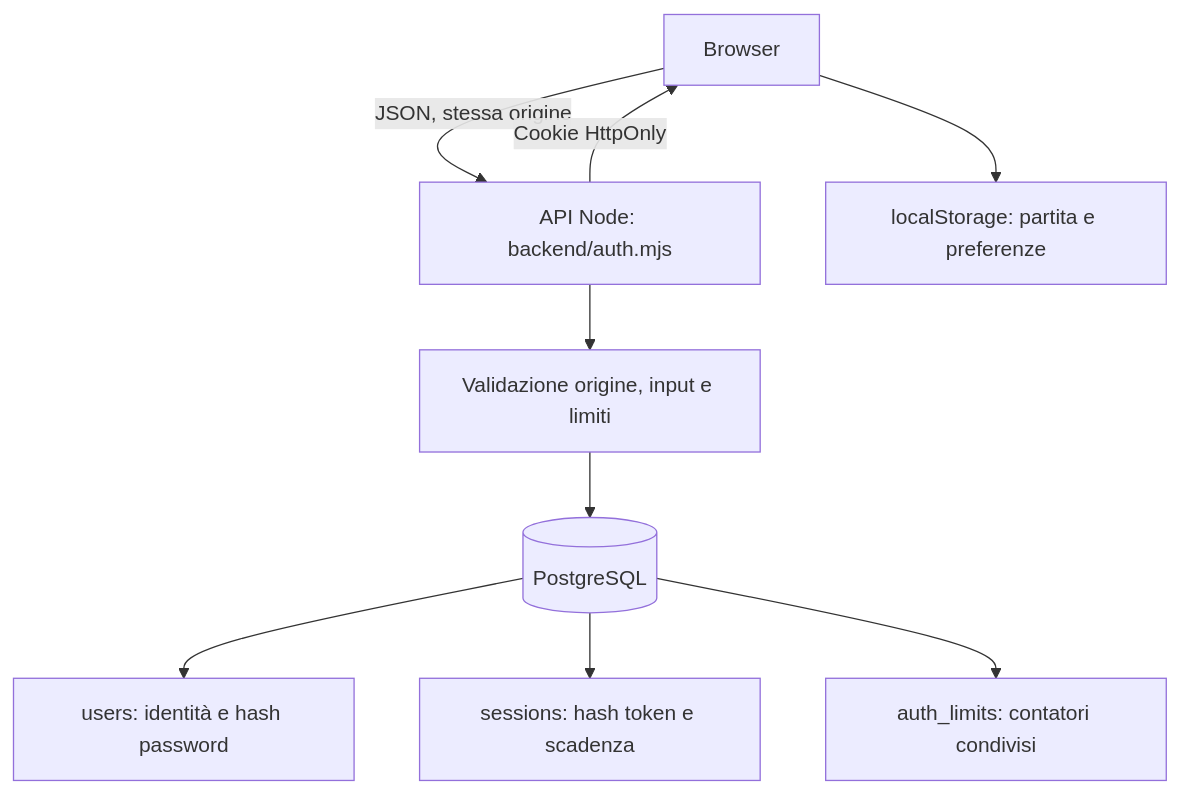
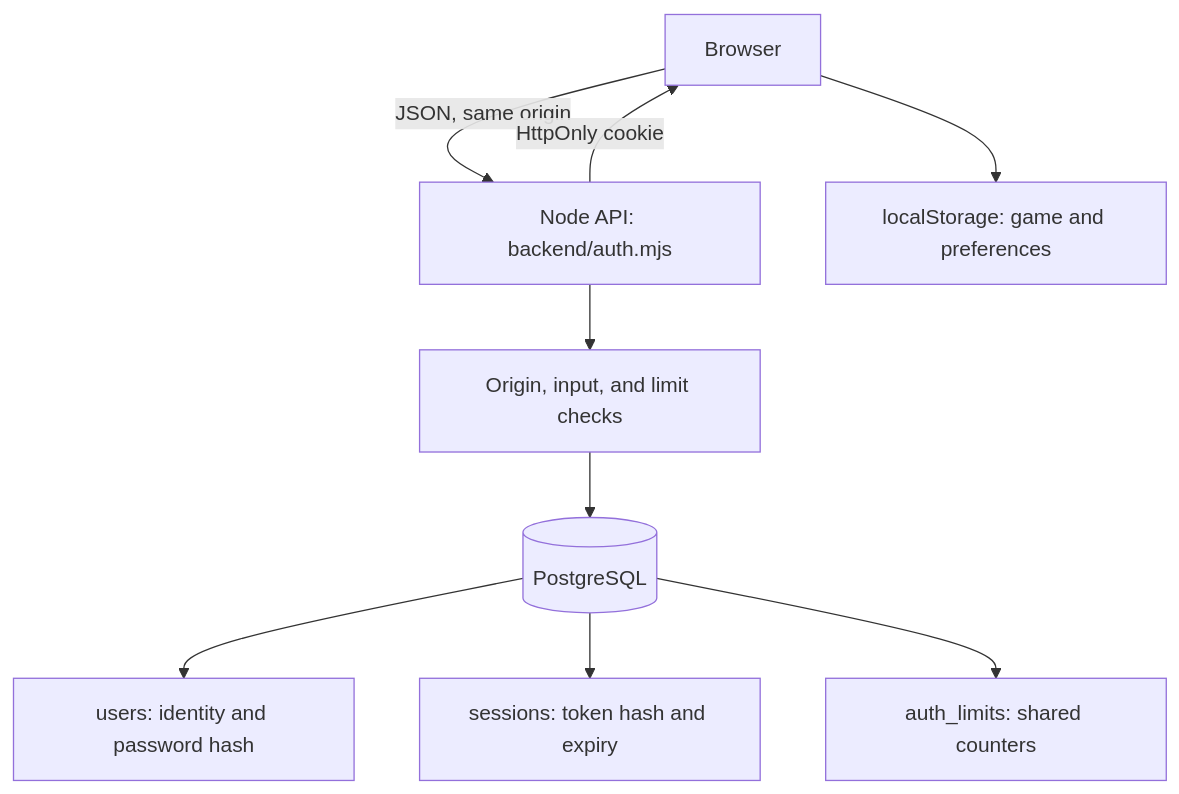
Before and after one commit to NASA-SPACEAPP-2026/Space-Mission-Design-Game: the first of 2 diagrams in documentation/authentication.md, drawn with Mermaid. The commit also changed other lines of this file and 1 other file, not shown here.

````diff
--- a/documentation/authentication.md
+++ b/documentation/authentication.md
@@ -11,11 +13,11 @@
 ```mermaid
 flowchart TD
-  B[Browser] -->|JSON, stessa origine| A[API Node: backend/auth.mjs]
-  A --> V[Validazione origine, input e limiti]
+  B[Browser] -->|JSON, same origin| A[Node API: backend/auth.mjs]
+  A --> V[Origin, input, and limit checks]
   V --> D[(PostgreSQL)]
-  D --> U[users: identità e hash password]
-  D --> S[sessions: hash token e scadenza]
-  D --> L[auth_limits: contatori condivisi]
-  A -->|Cookie HttpOnly| B
-  B --> P[localStorage: partita e preferenze]
+  D --> U[users: identity and password hash]
+  D --> S[sessions: token hash and expiry]
+  D --> L[auth_limits: shared counters]
+  A -->|HttpOnly cookie| B
+  B --> P[localStorage: game and preferences]
 ```
````
